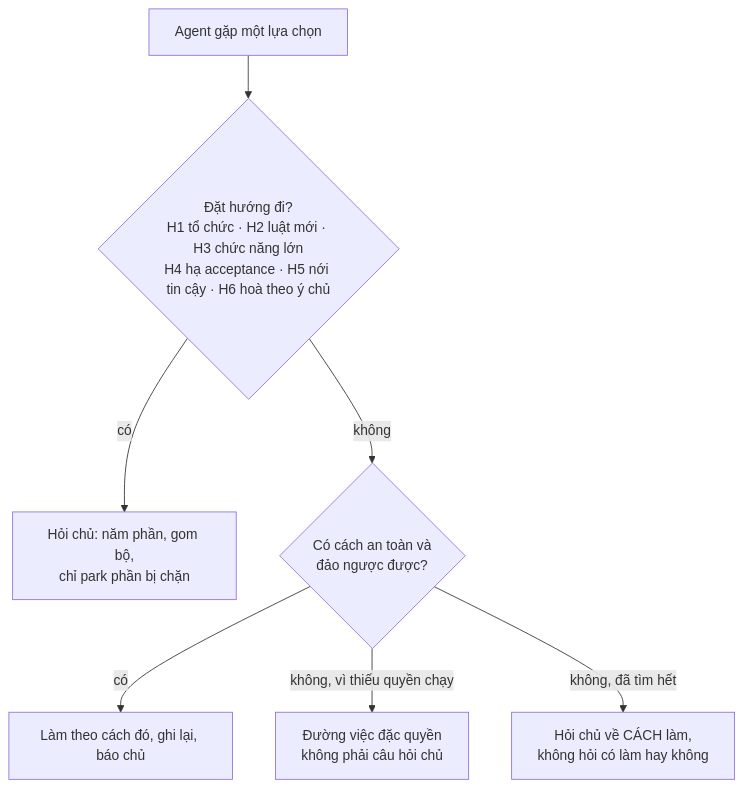
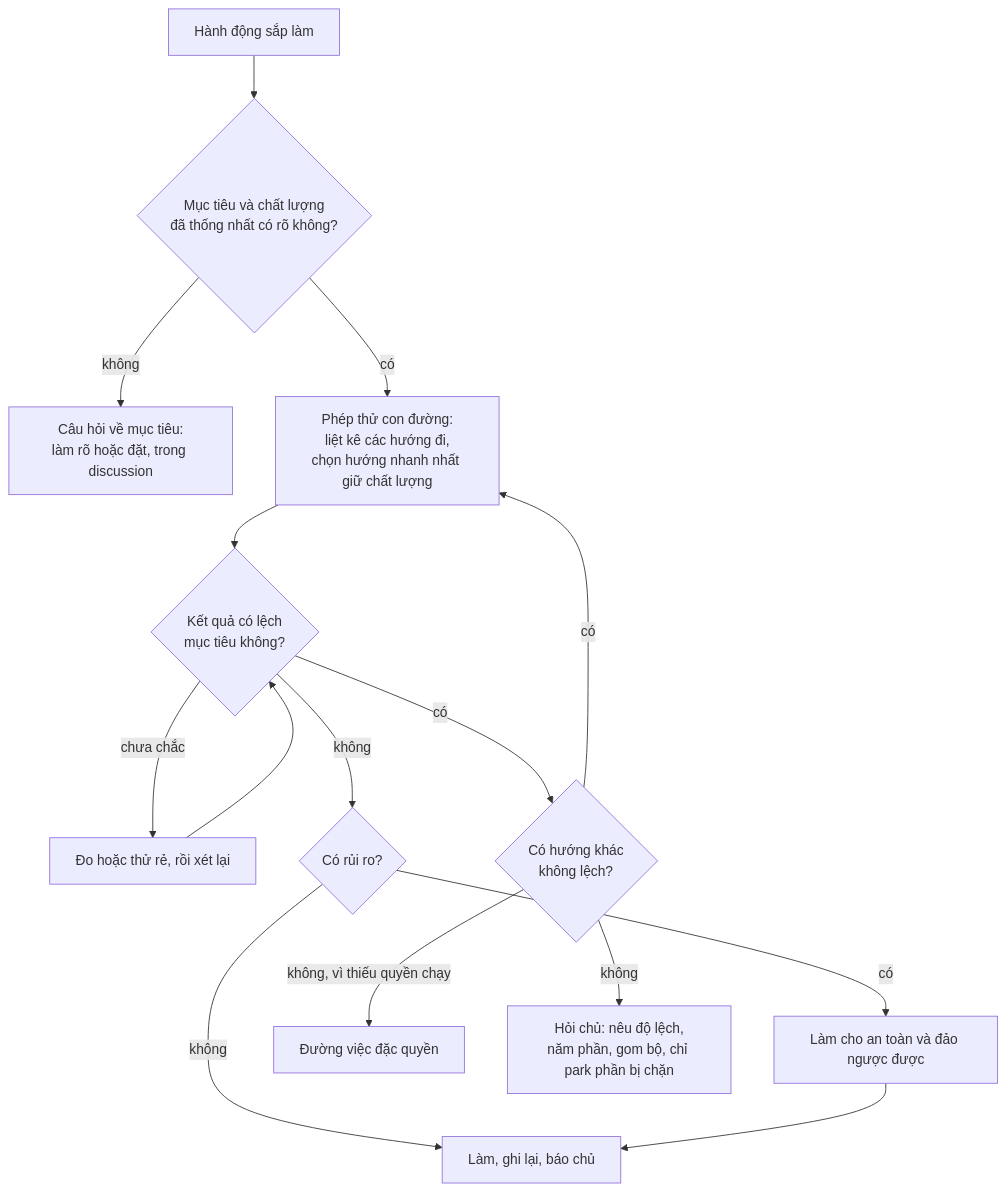
One commit to vantt/forgent changed the diagram in plans/discussions/ds-jxoz3h2qgk-when-to-ask/DISCUSSION.md. Above: the diagram before and after it, drawn with Mermaid. The commit also changed other lines of this file, not shown here.

Commit message:
discussion(when-to-ask): four-part model, ask only on a deviation from the goal

````diff
--- a/plans/discussions/ds-jxoz3h2qgk-when-to-ask/DISCUSSION.md
+++ b/plans/discussions/ds-jxoz3h2qgk-when-to-ask/DISCUSSION.md
@@ -116,9 +114,17 @@
 ```mermaid
 flowchart TD
-  N[Agent gặp một lựa chọn] --> D{Đặt hướng đi?<br/>H1 tổ chức · H2 luật mới · H3 chức năng lớn<br/>H4 hạ acceptance · H5 nới tin cậy · H6 hoà theo ý chủ}
-  D -- có --> ASK[Hỏi chủ: năm phần, gom bộ,<br/>chỉ park phần bị chặn]
-  D -- không --> S{Có cách an toàn và<br/>đảo ngược được?}
-  S -- có --> DO[Làm theo cách đó, ghi lại, báo chủ]
-  S -- không, vì thiếu quyền chạy --> H[Đường việc đặc quyền<br/>không phải câu hỏi chủ]
-  S -- không, đã tìm hết --> ASK2[Hỏi chủ về CÁCH làm,<br/>không hỏi có làm hay không]
+  A[Hành động sắp làm] --> G{Mục tiêu và chất lượng<br/>đã thống nhất có rõ không?}
+  G -- không --> QG[Câu hỏi về mục tiêu:<br/>làm rõ hoặc đặt, trong discussion]
+  G -- có --> P[Phép thử con đường:<br/>liệt kê các hướng đi,<br/>chọn hướng nhanh nhất giữ chất lượng]
+  P --> C{Kết quả có lệch<br/>mục tiêu không?}
+  C -- chưa chắc --> M[Đo hoặc thử rẻ, rồi xét lại]
+  M --> C
+  C -- không --> R{Có rủi ro?}
+  R -- có --> SAFE[Làm cho an toàn và đảo ngược được]
+  R -- không --> DO
+  SAFE --> DO[Làm, ghi lại, báo chủ]
+  C -- có --> ALT{Có hướng khác<br/>không lệch?}
+  ALT -- có --> P
+  ALT -- không, vì thiếu quyền chạy --> H[Đường việc đặc quyền]
+  ALT -- không --> ASK[Hỏi chủ: nêu độ lệch,<br/>năm phần, gom bộ, chỉ park phần bị chặn]
 ```
````
